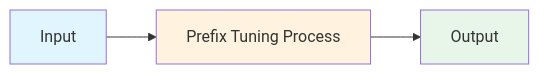
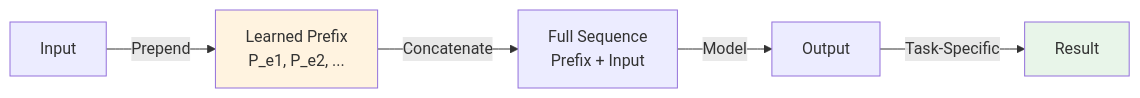
One commit to souradeepta/interviewprep-ai changed the first of 2 diagrams in llm/concepts/prefix-tuning.md. Above: the diagram before and after it, drawn with Mermaid. The commit also changed other lines of this file and 33 other files, not shown here.

````diff
--- a/llm/concepts/prefix-tuning.md
+++ b/llm/concepts/prefix-tuning.md
@@ -94,9 +94,9 @@
 ```mermaid
 graph LR
-    A["Input"] --> B["Prefix Tuning Process"]
-    B --> C["Output"]
-
-    style A fill:#e1f5ff
+    A["Input"] -->|Prepend| B["Learned Prefix<br/>P_e1, P_e2, ..."]
+    B -->|Concatenate| C["Full Sequence<br/>Prefix + Input"]
+    C -->|Model| D["Output"]
+    D -->|Task-Specific| E["Result"]
     style B fill:#fff3e0
-    style C fill:#e8f5e9
+    style E fill:#e8f5e9
 ```
````
